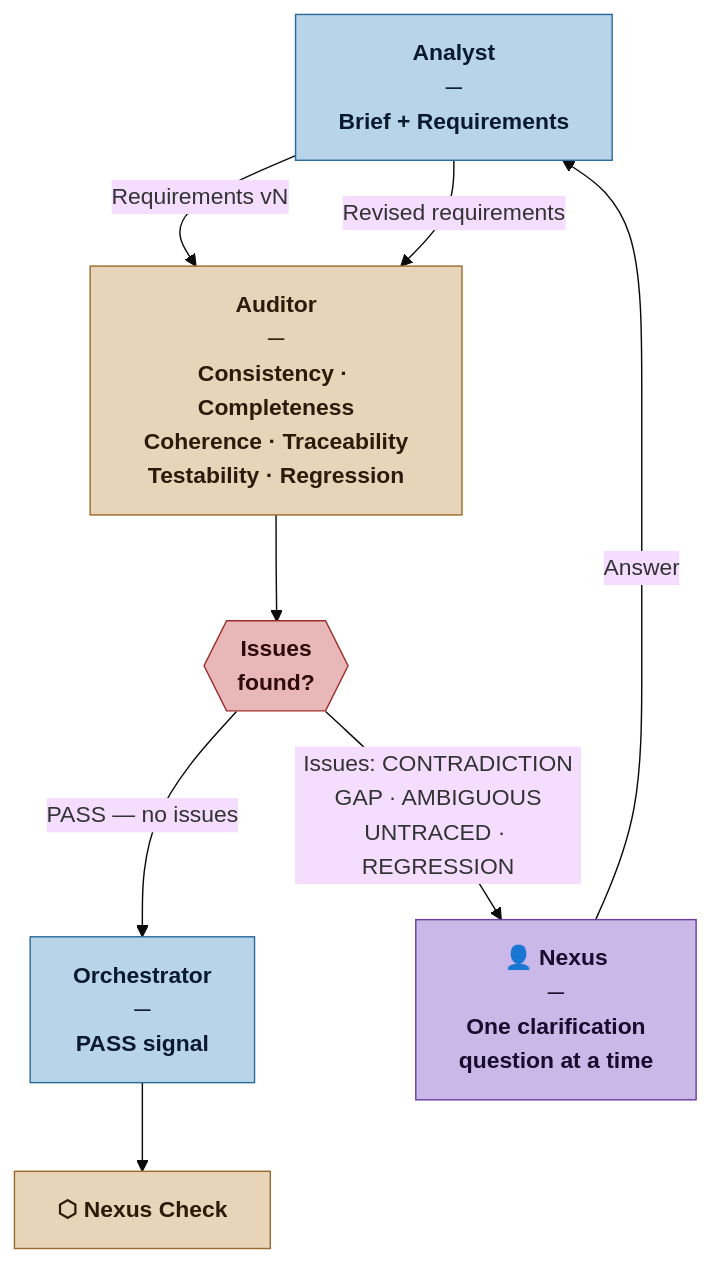
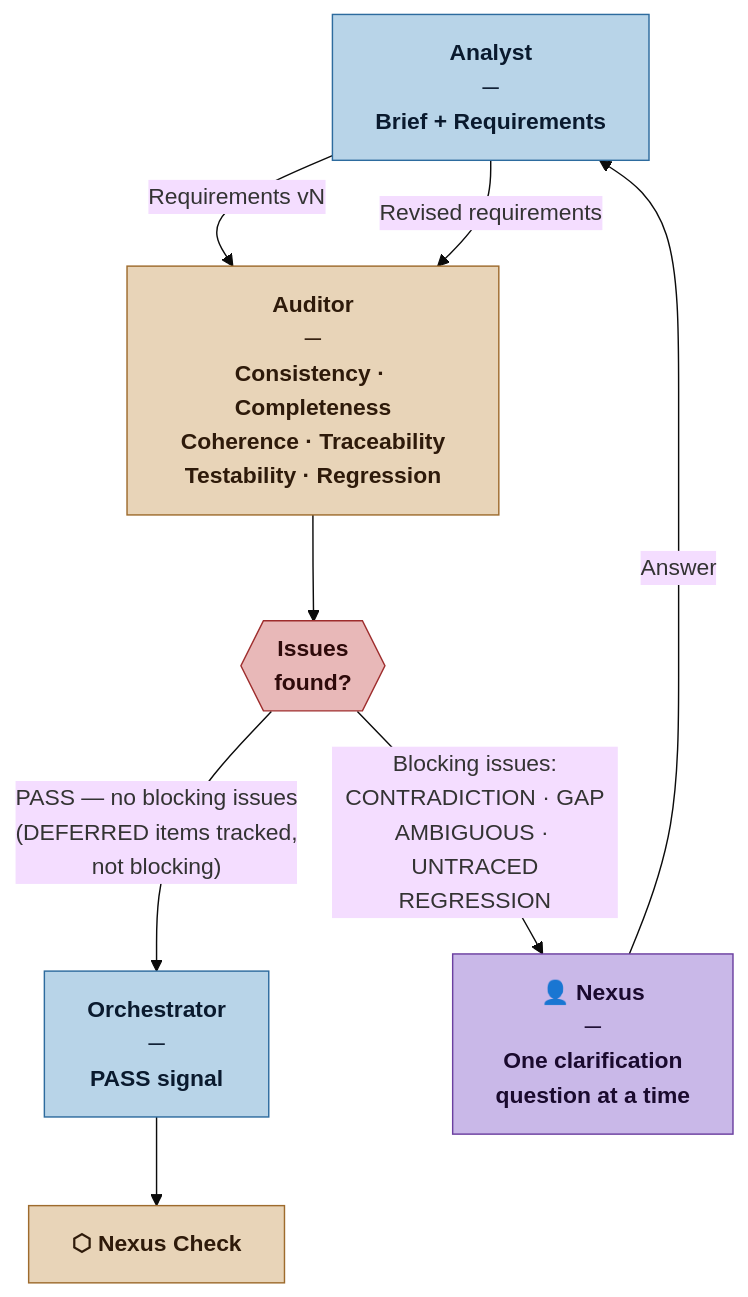
One commit to loskylp/Nexus-SDLC changed the diagram in agents/auditor.md. Above: the diagram before and after it, drawn with Mermaid (base theme). The commit also changed other lines of this file and 5 other files, not shown here.

````diff
--- a/agents/auditor.md
+++ b/agents/auditor.md
@@ -13,24 +20,24 @@
 ```mermaid
 flowchart TD
     classDef nexus    fill:#c9b8e8,stroke:#6b3fa0,color:#1a0a2e,font-weight:bold
     classDef self     fill:#e8d4b8,stroke:#9e6b2d,color:#2e1a0a,font-weight:bold
     classDef artifact fill:#b8e8c9,stroke:#2d9e5a,color:#0a1e0a,font-weight:bold
     classDef agent    fill:#b8d4e8,stroke:#2d6b9e,color:#0a1a2e,font-weight:bold
     classDef gate     fill:#e8d4b8,stroke:#9e6b2d,color:#2e1a0a,font-weight:bold
     classDef decision fill:#e8b8b8,stroke:#9e2d2d,color:#2e0a0a,font-weight:bold
 
     AN["Analyst<br/>─<br/>Brief + Requirements"]:::agent
     AU["Auditor<br/>─<br/>Consistency · Completeness<br/>Coherence · Traceability<br/>Testability · Regression"]:::self
     DEC{{"Issues<br/>found?"}}:::decision
     NQ["👤 Nexus<br/>─<br/>One clarification<br/>question at a time"]:::nexus
     OR["Orchestrator<br/>─<br/>PASS signal"]:::agent
     NC["⬡ Nexus Check"]:::gate
 
     AN  -->|"Requirements vN"| AU
     AU  --> DEC
-    DEC -->|"PASS — no issues"| OR
+    DEC -->|"PASS — no blocking issues<br/>(DEFERRED items tracked,<br/>not blocking)"| OR
     OR  --> NC
-    DEC -->|"Issues: CONTRADICTION<br/>GAP · AMBIGUOUS<br/>UNTRACED · REGRESSION"| NQ
+    DEC -->|"Blocking issues:<br/>CONTRADICTION · GAP<br/>AMBIGUOUS · UNTRACED<br/>REGRESSION"| NQ
     NQ  -->|"Answer"| AN
     AN  -->|"Revised requirements"| AU
 ```
````
